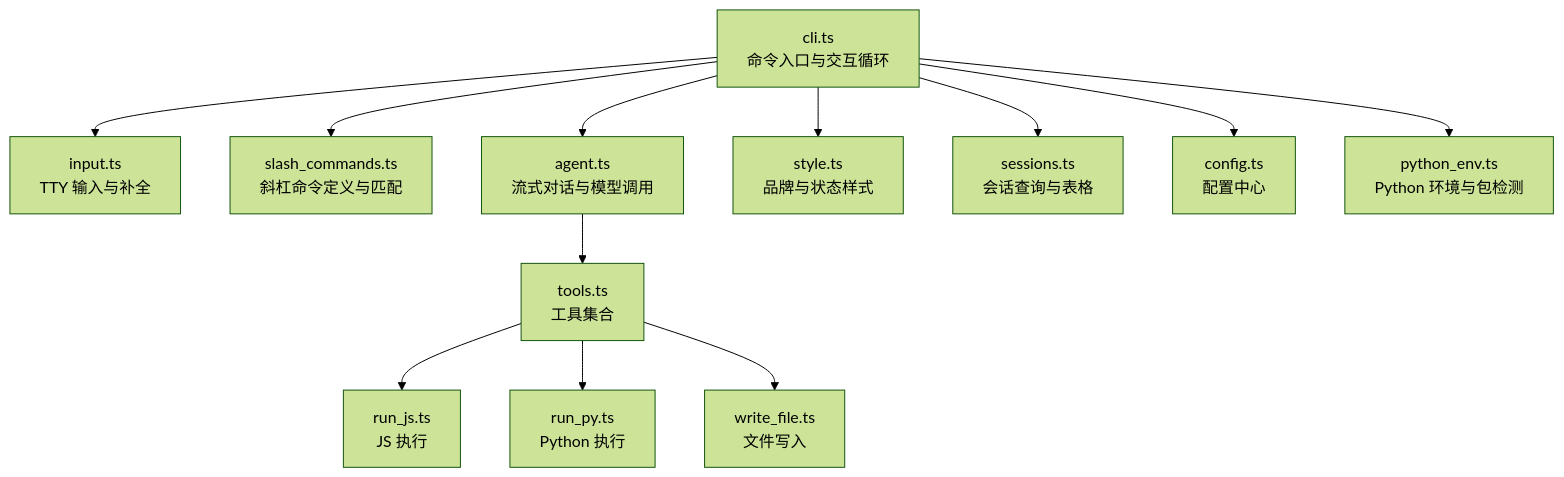
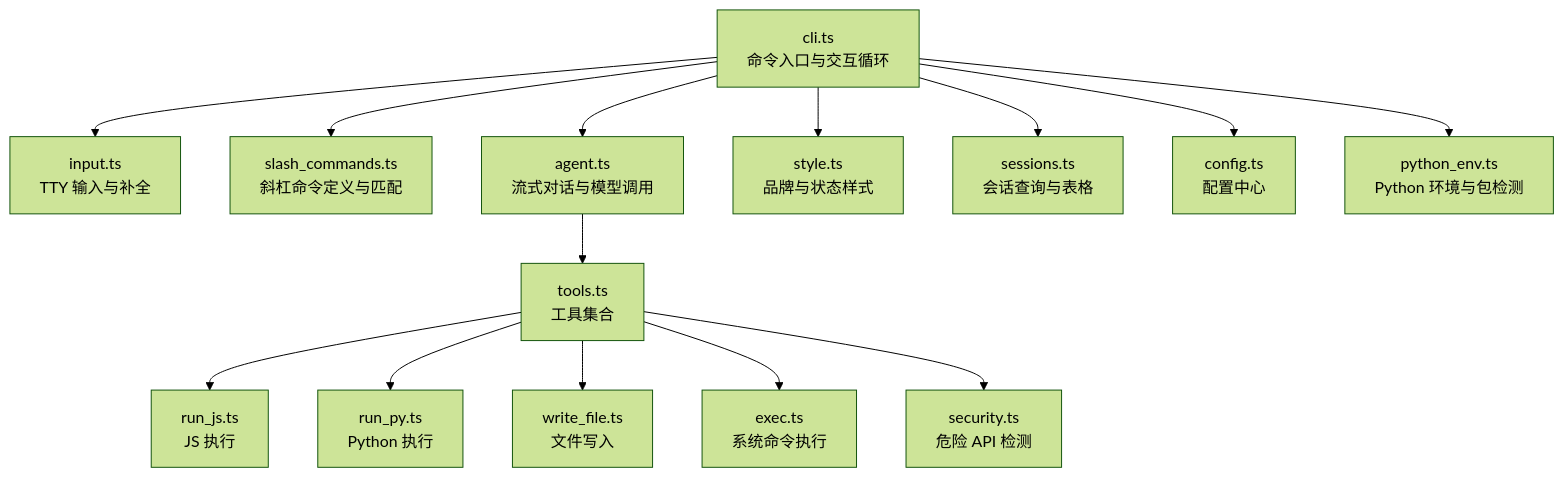
The first of 3 diagrams in .qoder/repowiki/zh/content/CLI 界面.md (HAOFUYANG/onion-code), drawn with Mermaid (forest theme) before and after one commit. The commit also changed other lines of this file and 7 other files, not shown here.

````diff
--- a/.qoder/repowiki/zh/content/CLI 界面.md
+++ b/.qoder/repowiki/zh/content/CLI 界面.md
@@ -47,14 +56,16 @@
 ```mermaid
 graph TB
 CLI["cli.ts<br/>命令入口与交互循环"] --> INPUT["input.ts<br/>TTY 输入与补全"]
 CLI --> SLASH["slash_commands.ts<br/>斜杠命令定义与匹配"]
 CLI --> AGENT["agent.ts<br/>流式对话与模型调用"]
 CLI --> STYLE["style.ts<br/>品牌与状态样式"]
 CLI --> SESSIONS["sessions.ts<br/>会话查询与表格"]
 CLI --> CONFIG["config.ts<br/>配置中心"]
 CLI --> PYENV["python_env.ts<br/>Python 环境与包检测"]
 AGENT --> TOOLS["tools.ts<br/>工具集合"]
 TOOLS --> RUNJS["run_js.ts<br/>JS 执行"]
 TOOLS --> RUNPY["run_py.ts<br/>Python 执行"]
 TOOLS --> WRITEFILE["write_file.ts<br/>文件写入"]
+TOOLS --> EXEC["exec.ts<br/>系统命令执行"]
+TOOLS --> SECURITY["security.ts<br/>危险 API 检测"]
 ```
````
